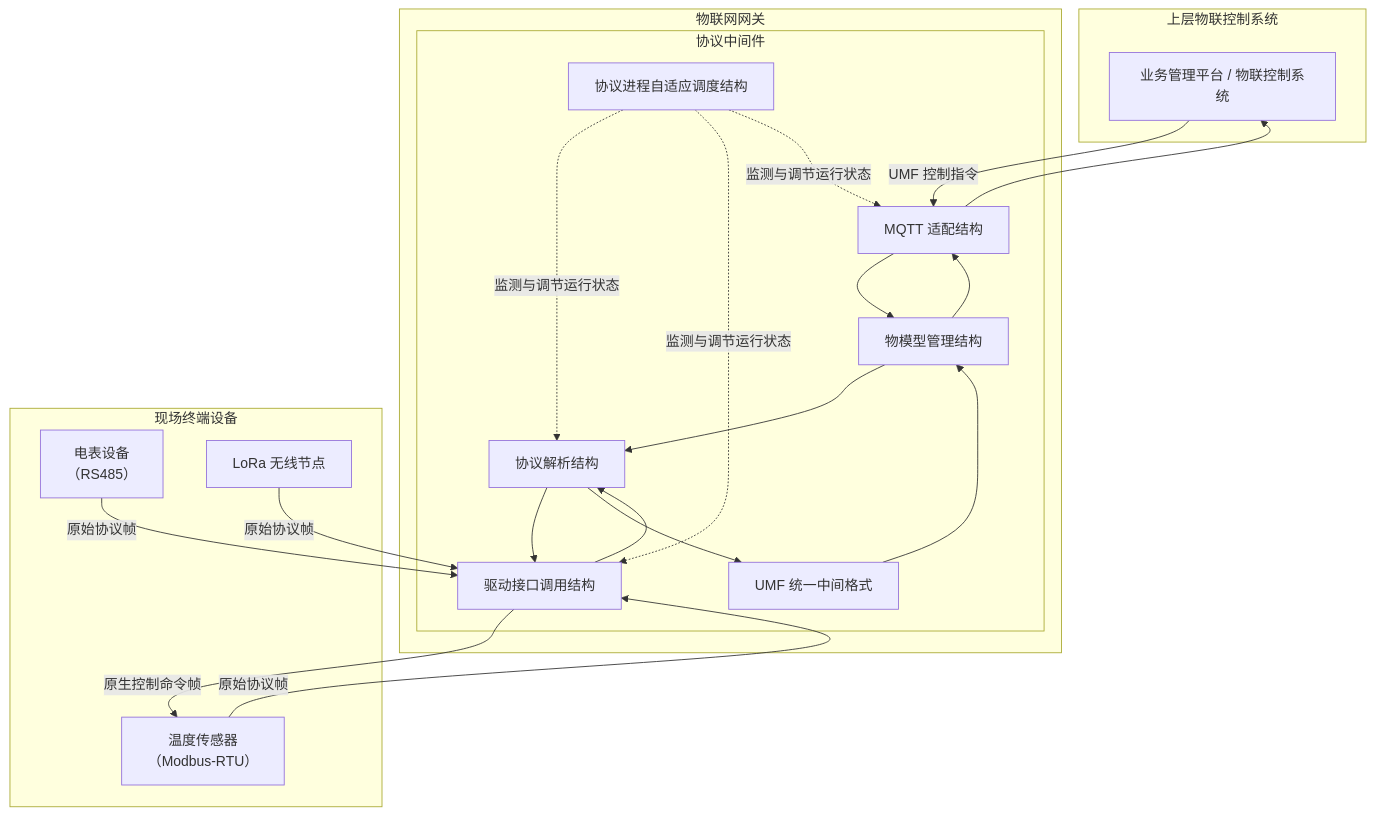
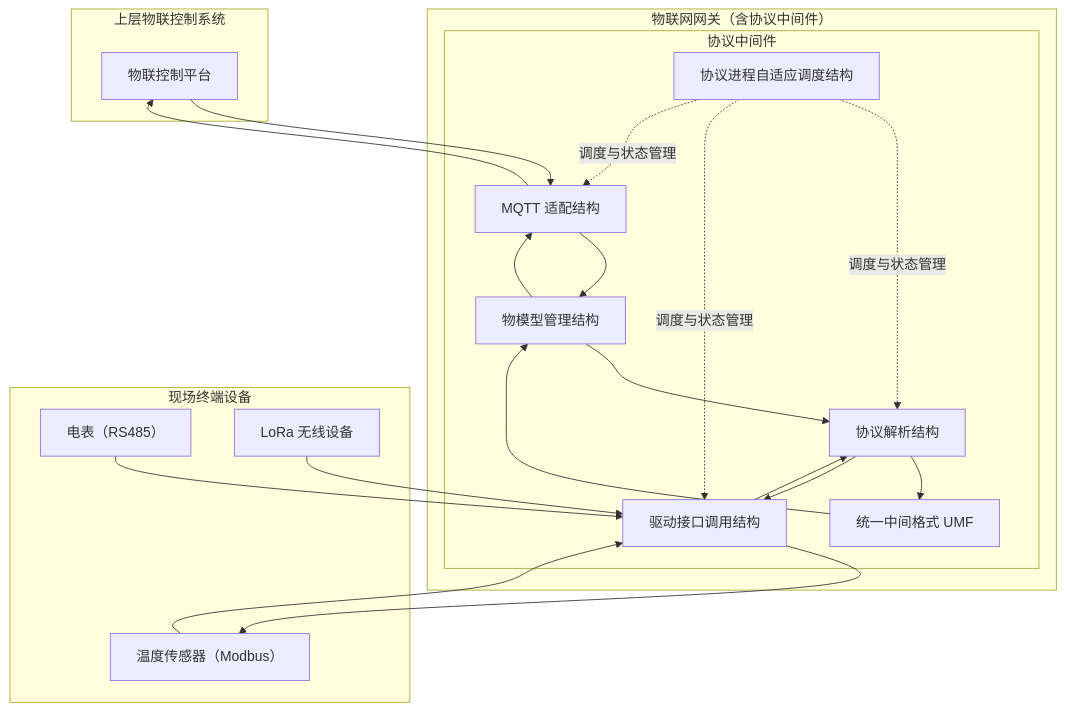
One commit to wenguo/iodraw-files changed the diagram in all/未命名-1.md. Above: the diagram before and after it, drawn with Mermaid.

Commit message:
2025-11-20 08:11:17 update

````diff
--- a/all/未命名-1.md
+++ b/all/未命名-1.md
@@ -1,50 +1,54 @@
 ```mermaid
 flowchart TD
 
-    %% --- 上层物联控制系统 ---
+%% ====== 上层控制系统 ======
     subgraph CLOUD[上层物联控制系统]
-        CTRL[业务管理平台 / 物联控制系统]
+        CTRL[物联控制平台]
     end
 
-    %% --- 网关设备部分 ---
-    subgraph GW[物联网网关]
+%% ====== 物联网网关 ======
+    subgraph GW[物联网网关（含协议中间件）]
+        
         subgraph MID[协议中间件]
-            DIO[驱动接口调用结构]
             PARSE[协议解析结构]
-            UMF[UMF 统一中间格式]
+            UMF[统一中间格式 UMF]
             MODEL[物模型管理结构]
             MQTT[MQTT 适配结构]
+            DIO[驱动接口调用结构]
             PROC[协议进程自适应调度结构]
         end
+
     end
 
-    %% --- 现场设备部分 ---
+%% ====== 现场设备 ======
     subgraph SITE[现场终端设备]
-        DEV1[温度传感器\n（Modbus-RTU）]
-        DEV2[电表设备\n（RS485）]
-        DEV3[LoRa 无线节点]
+        DEV1[温度传感器（Modbus）]
+        DEV2[电表（RS485）]
+        DEV3[LoRa 无线设备]
     end
 
-    %% --- 数据流方向：上 → 中 → 下 ---
-    CTRL -->|UMF 控制指令| MQTT
-    MQTT --> MODEL
-    MODEL --> PARSE
-    PARSE --> DIO
-    DIO -->|原生控制命令帧| DEV1
 
-    DEV1 -->|原始协议帧| DIO
-    DEV2 -->|原始协议帧| DIO
-    DEV3 -->|原始协议帧| DIO
+%% ====== 数据流（下→中→上） ======
+    DEV1 --> DIO
+    DEV2 --> DIO
+    DEV3 --> DIO
 
     DIO --> PARSE
     PARSE --> UMF
     UMF --> MODEL
     MODEL --> MQTT
     MQTT --> CTRL
 
-    %% --- 调度结构 ---
-    PROC -.监测与调节运行状态.-> PARSE
-    PROC -.监测与调节运行状态.-> DIO
-    PROC -.监测与调节运行状态.-> MQTT
+%% ====== 控制指令（上→中→下） ======
+    CTRL --> MQTT
+    MQTT --> MODEL
+    MODEL --> PARSE
+    PARSE --> DIO
+    DIO --> DEV1
+
+%% ====== 调度机制（虚线） ======
+    PROC -. 调度与状态管理 .-> PARSE
+    PROC -. 调度与状态管理 .-> DIO
+    PROC -. 调度与状态管理 .-> MQTT
 
 ```
````
